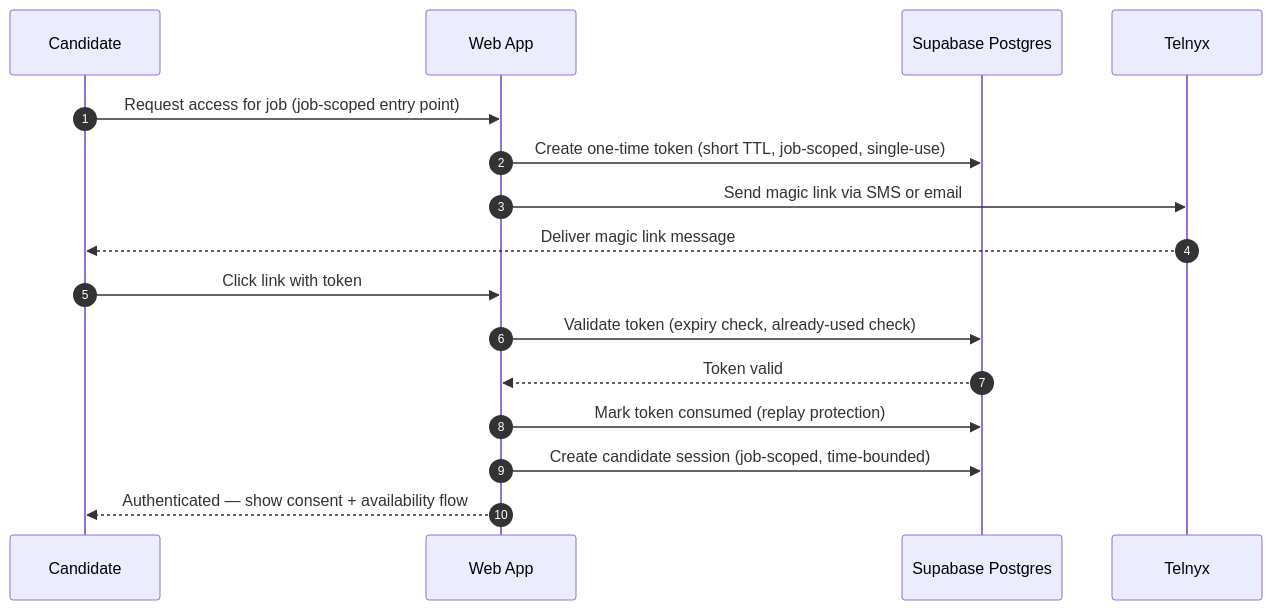
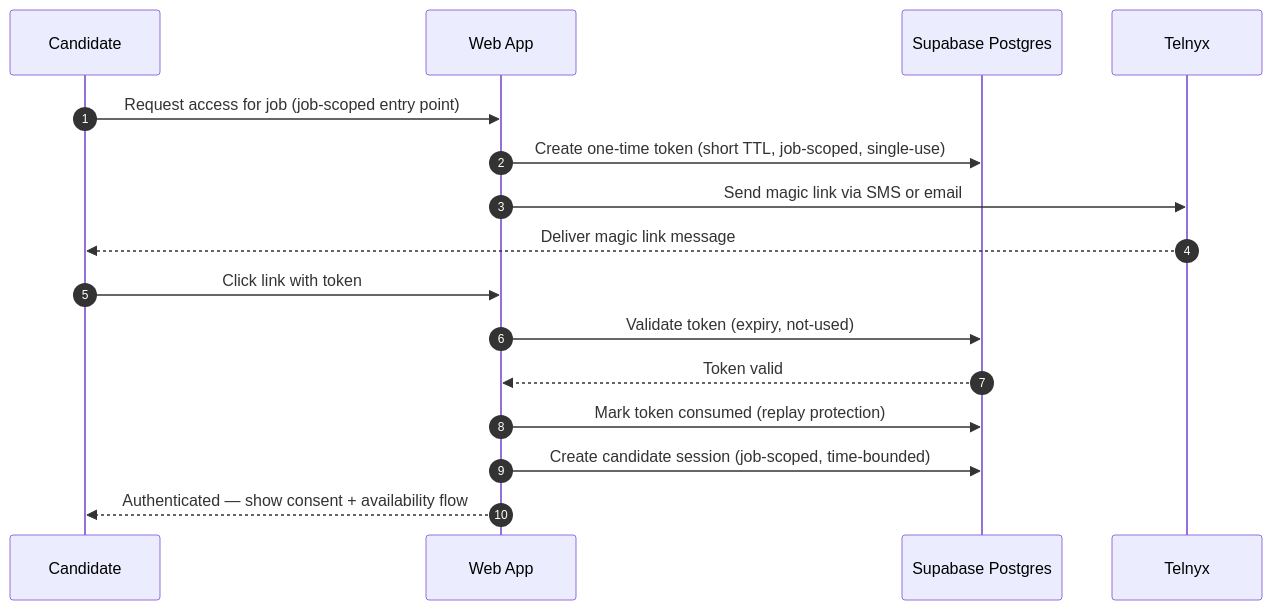
The second of 5 diagrams in _bmad-output/architecture.md (vivek-dataskate/CBLAeroApp), drawn with Mermaid before and after one commit. The commit also changed other lines of this file and 14 other files, not shown here.

Commit message:
docs(condense): shrink canonical docs ~49%, consolidate schema.sql from live DB, merge UI standards

````diff
--- a/_bmad-output/architecture.md
+++ b/_bmad-output/architecture.md
@@ -622,19 +312,18 @@
 ```mermaid
 sequenceDiagram
   autonumber
   participant C as Candidate
   participant W as Web App
   participant DB as Supabase Postgres
   participant T as Telnyx
-
   C->>W: Request access for job (job-scoped entry point)
   W->>DB: Create one-time token (short TTL, job-scoped, single-use)
   W->>T: Send magic link via SMS or email
   T-->>C: Deliver magic link message
   C->>W: Click link with token
-  W->>DB: Validate token (expiry check, already-used check)
+  W->>DB: Validate token (expiry, not-used)
   DB-->>W: Token valid
   W->>DB: Mark token consumed (replay protection)
   W->>DB: Create candidate session (job-scoped, time-bounded)
   W-->>C: Authenticated — show consent + availability flow
 ```
````
